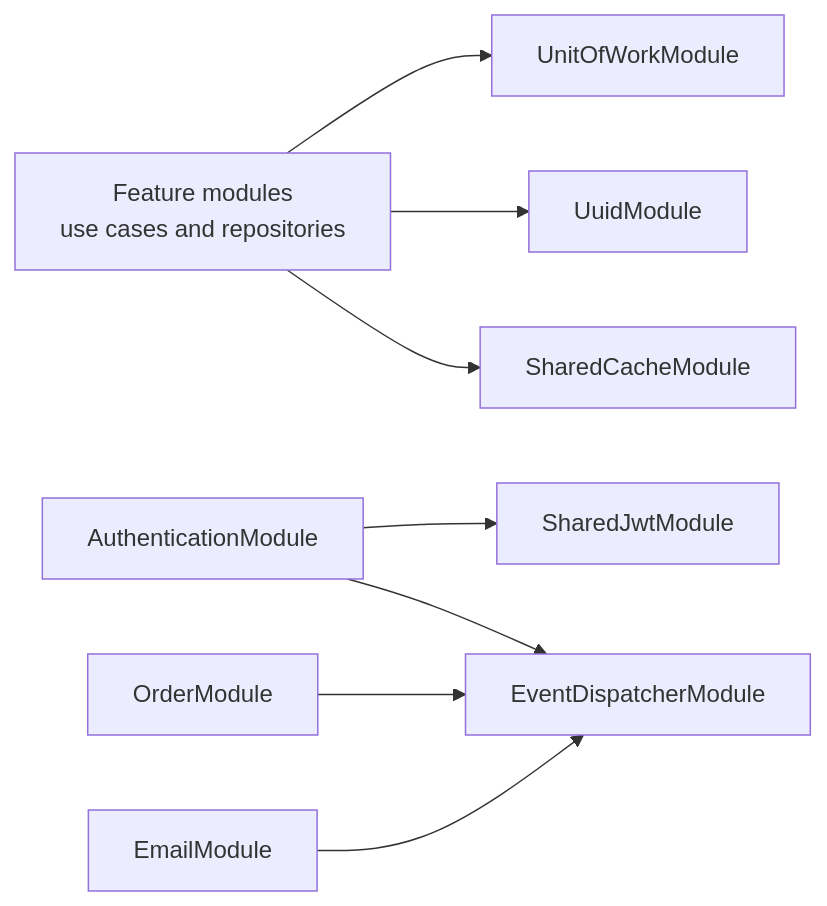
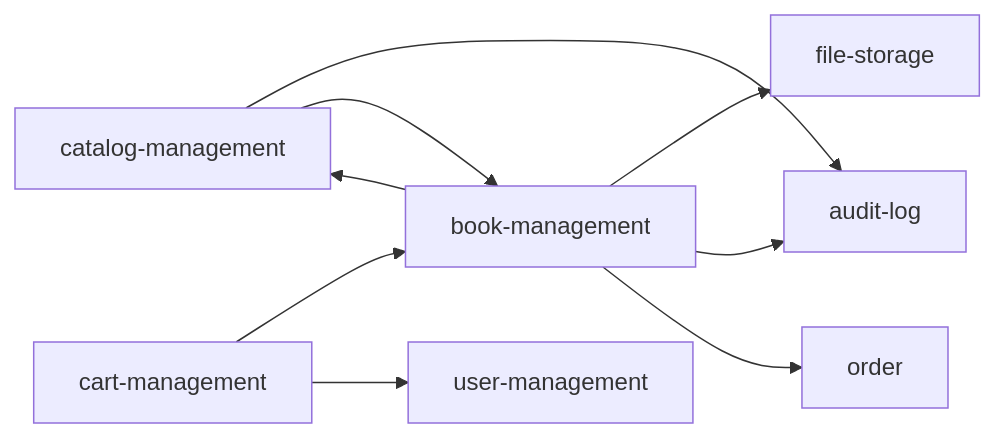
The third of 5 diagrams in docs/architecture/module-dependency-diagram.md (pham-dinh-thai/bookify-ecommerce-bookstore), drawn with Mermaid before and after one commit. The commit also changed other lines of this file and 1 other file, not shown here.

````diff
--- a/docs/architecture/module-dependency-diagram.md
+++ b/docs/architecture/module-dependency-diagram.md
@@ -45,22 +101,21 @@
 ```mermaid
 flowchart LR
-  UnitOfWork["UnitOfWorkModule"]
-  Uuid["UuidModule"]
-  SharedCache["SharedCacheModule"]
-  SharedJwt["SharedJwtModule"]
-  EventDispatcher["EventDispatcherModule"]
+  catalogManagement["catalog-management"]
+  bookManagement["book-management"]
+  fileStorage["file-storage"]
+  cartManagement["cart-management"]
+  userManagement["user-management"]
+  auditLog["audit-log"]
+  order["order"]
 
-  FeatureModules["Feature modules\nuse cases and repositories"]
-  Auth["AuthenticationModule"]
-  Order["OrderModule"]
-  Email["EmailModule"]
+  catalogManagement --> auditLog
+  catalogManagement --> bookManagement
 
-  FeatureModules --> UnitOfWork
-  FeatureModules --> Uuid
-  FeatureModules --> SharedCache
-  Auth --> SharedJwt
-  Auth --> EventDispatcher
-  Order --> EventDispatcher
-  Email --> EventDispatcher
+  bookManagement --> catalogManagement
+  bookManagement --> fileStorage
+  bookManagement --> auditLog
+  bookManagement --> order
 
+  cartManagement --> bookManagement
+  cartManagement --> userManagement
 ```
````
